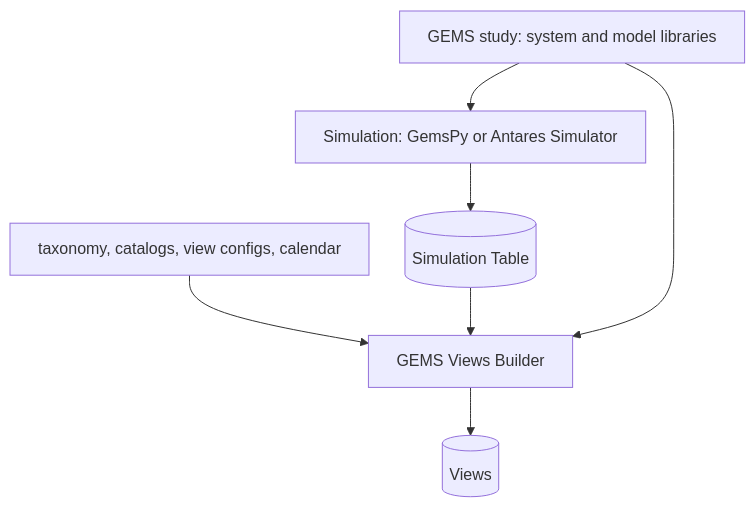
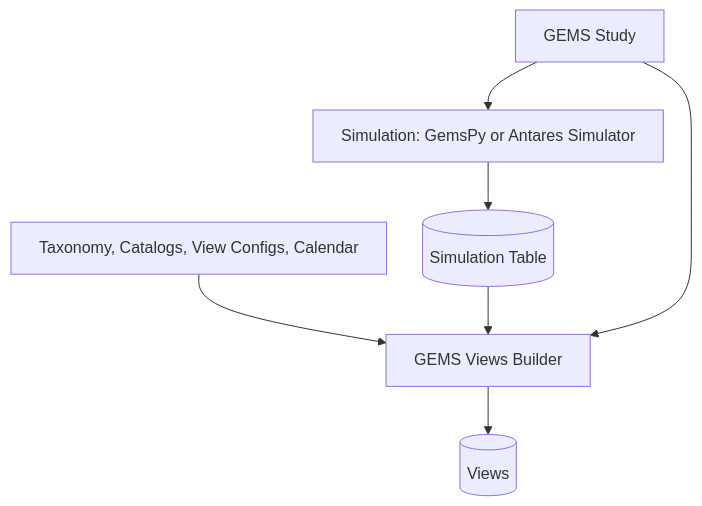
Before and after one commit to AntaresSimulatorTeam/GEMS-ViewsBuilder: the diagram in README.md, drawn with Mermaid. The commit also changed other lines of this file, not shown here.

Commit message:
docs: refine README for clarity and consistency
- Updated project description for improved readability.
- Enhanced flowchart labels for better understanding.
- Corrected capitalization in input descriptions.
- Added missing command block for installation instructions.

````diff
--- a/README.md
+++ b/README.md
@@ -34,10 +34,10 @@
 ```mermaid
 %%{init: {"flowchart": {"htmlLabels": false, "wrappingWidth": 420, "padding": 14, "nodeSpacing": 36, "rankSpacing": 48}} }%%
 flowchart TB
-    study["GEMS study: system and model libraries"] --> sim["Simulation: GemsPy or Antares Simulator"]
+    study["GEMS Study"] --> sim["Simulation: GemsPy or Antares Simulator"]
     sim --> table[("Simulation Table")]
-    inputs["taxonomy, catalogs, view configs, calendar"] --> gvb["GEMS Views Builder"]
+    inputs["Taxonomy, Catalogs, View Configs, Calendar"] --> gvb["GEMS Views Builder"]
     table --> gvb
     study --> gvb
     gvb --> views[("Views")]
 ```
````
